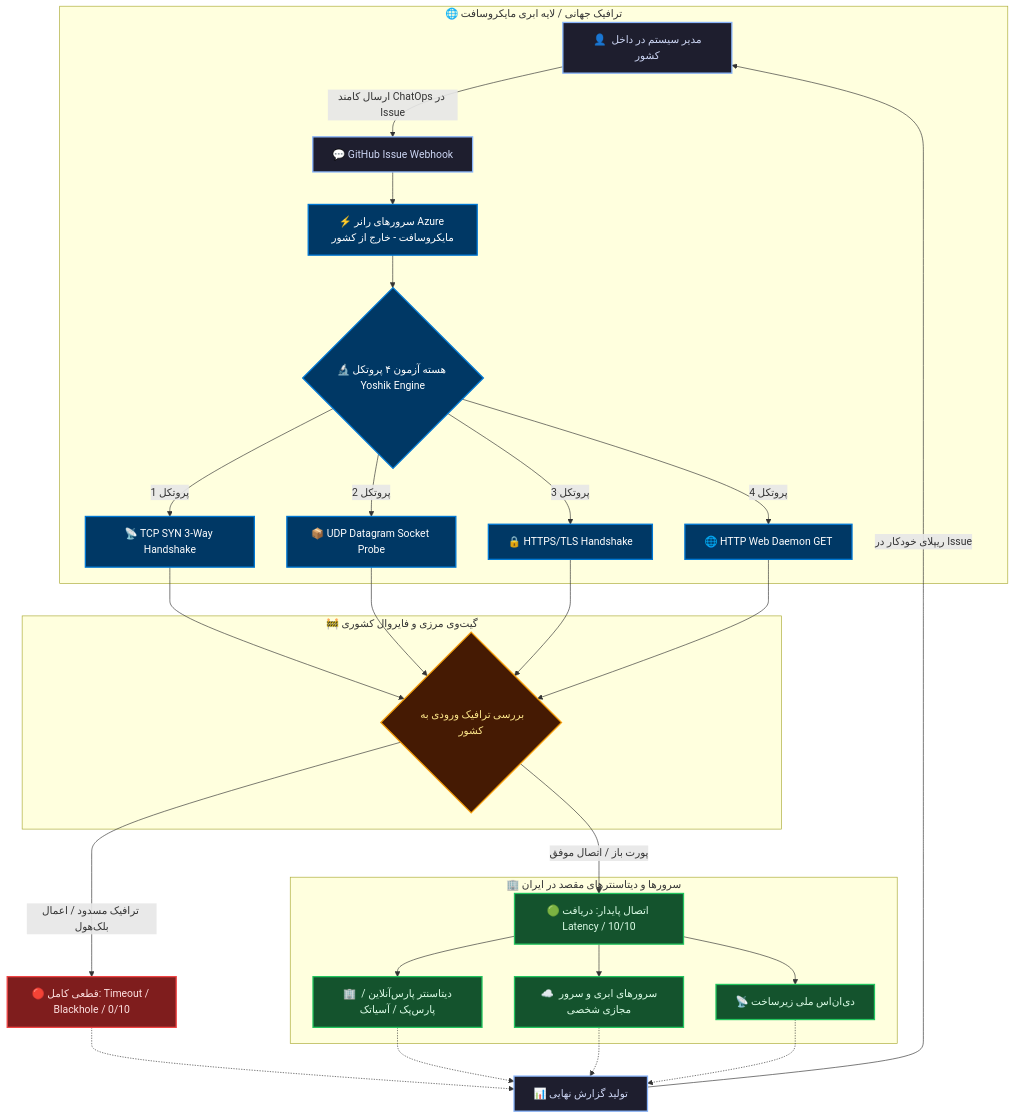
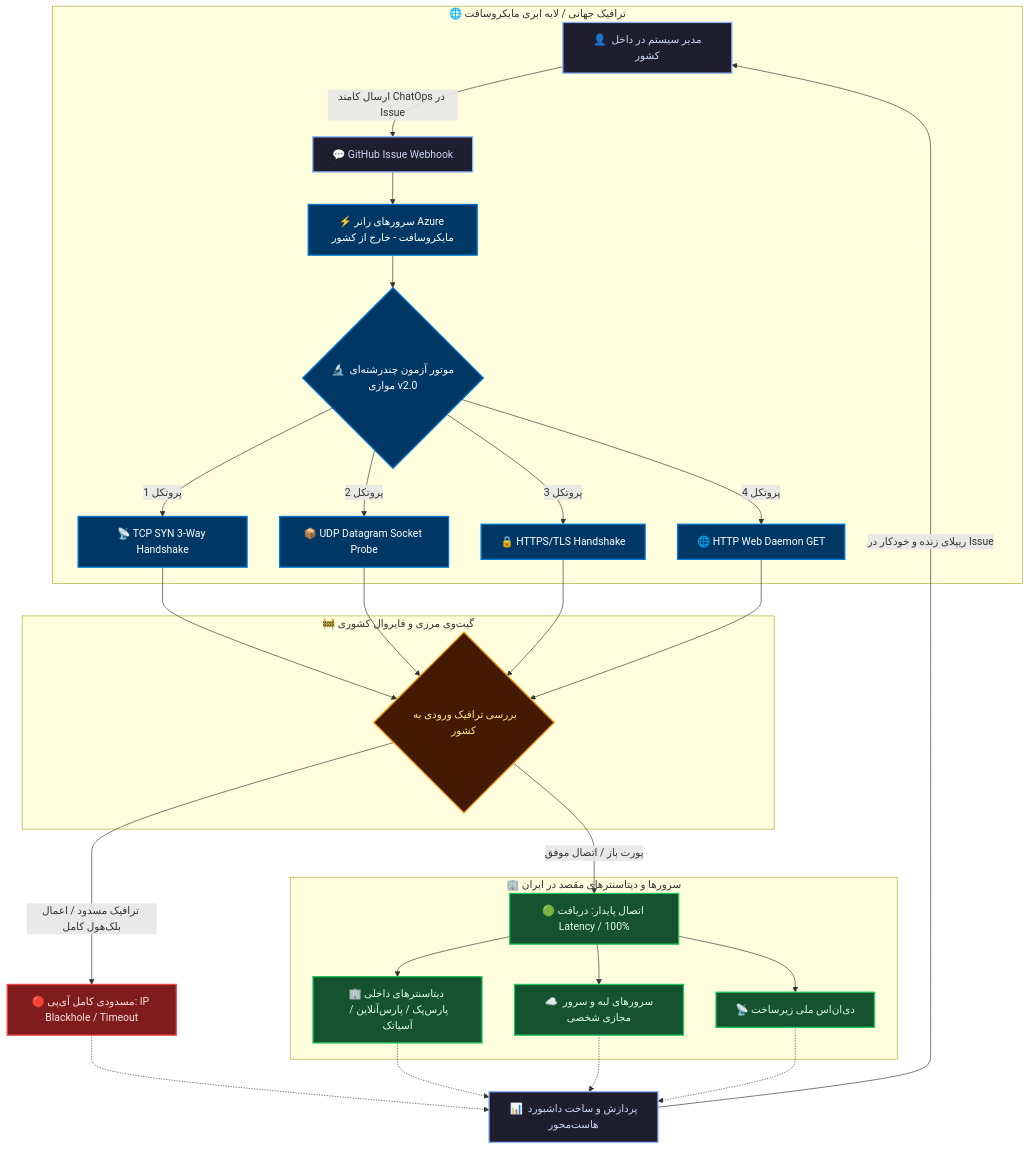
Before and after one commit to YoshikVPS/YoshikPing: the diagram in README.md, drawn with Mermaid. The commit also changed other lines of this file, not shown here.

````diff
--- a/README.md
+++ b/README.md
@@ -110,36 +121,36 @@
 ```mermaid
 flowchart TB
     classDef edgeCloud fill:#1e1e2e,stroke:#89b4fa,stroke-width:2px,color:#cdd6f4;
     classDef azure fill:#003865,stroke:#0078d4,stroke-width:2px,color:#ffffff;
     classDef borderGate fill:#451a03,stroke:#f59e0b,stroke-width:2px,color:#fde68a;
     classDef iranNet fill:#14532d,stroke:#22c55e,stroke-width:2px,color:#dcfce7;
     classDef dropNode fill:#7f1d1d,stroke:#ef4444,stroke-width:2px,color:#fee2e2;
 
     subgraph GLOBAL_PLANE [🌐 ترافیک جهانی / لایه ابری مایکروسافت]
         User[👤 مدیر سیستم در داخل کشور]:::edgeCloud -->|ارسال کامند ChatOps در Issue| GHIssue[💬 GitHub Issue Webhook]:::edgeCloud
         GHIssue --> AzureRunner[⚡️ سرورهای رانر Azure مایکروسافت - خارج از کشور]:::azure
         
-        AzureRunner --> EngineCore{🔬 هسته آزمون ۴ پروتکل Yoshik Engine}:::azure
+        AzureRunner --> EngineCore{🔬 موتور آزمون چندرشته‌ای موازی v2.0}:::azure
         EngineCore -->|پروتکل 1| T1[📡 TCP SYN 3-Way Handshake]:::azure
         EngineCore -->|پروتکل 2| T2[📦 UDP Datagram Socket Probe]:::azure
         EngineCore -->|پروتکل 3| T3[🔒 HTTPS/TLS Handshake]:::azure
         EngineCore -->|پروتکل 4| T4[🌐 HTTP Web Daemon GET]:::azure
     end
 
     subgraph BORDER_FIREWALL [🚧 گیت‌وی مرزی و فایروال کشوری]
         T1 & T2 & T3 & T4 --> BorderCheck{بررسی ترافیک ورودی به کشور}:::borderGate
     end
 
-    BorderCheck -->|ترافیک مسدود / اعمال بلک‌هول| BlockDrop[🔴 قطعی کامل: Timeout / Blackhole / 0/10]:::dropNode
-    BorderCheck -->|پورت باز / اتصال موفق| AllowPass[🟢 اتصال پایدار: دریافت Latency / 10/10]:::iranNet
+    BorderCheck -->|ترافیک مسدود / اعمال بلک‌هول کامل| BlockDrop[🔴 مسدودی کامل آی‌پی: IP Blackhole / Timeout]:::dropNode
+    BorderCheck -->|پورت باز / اتصال موفق| AllowPass[🟢 اتصال پایدار: دریافت Latency / 100%]:::iranNet
 
     subgraph IRAN_INFRASTRUCTURE [🏢 سرورها و دیتاسنترهای مقصد در ایران]
-        AllowPass --> DC1[🏢 دیتاسنتر پارس‌آنلاین / پارس‌پک / آسیاتک]:::iranNet
-        AllowPass --> DC2[☁️ سرورهای ابری و سرور مجازی شخصی]:::iranNet
+        AllowPass --> DC1[🏢 دیتاسنترهای داخلی پارس‌پک / پارس‌آنلاین / آسیاتک]:::iranNet
+        AllowPass --> DC2[☁️ سرورهای لبه و سرور مجازی شخصی]:::iranNet
         AllowPass --> DC3[📡 دی‌ان‌اس ملی زیرساخت]:::iranNet
     end
 
-    BlockDrop -.-> SummaryResult[📊 تولید گزارش نهایی]:::edgeCloud
+    BlockDrop -.-> SummaryResult[📊 پردازش و ساخت داشبورد هاست‌محور]:::edgeCloud
     DC1 & DC2 & DC3 -.-> SummaryResult
-    SummaryResult -->|ریپلای خودکار در Issue| User
+    SummaryResult -->|ریپلای زنده و خودکار در Issue| User
 ```
````
